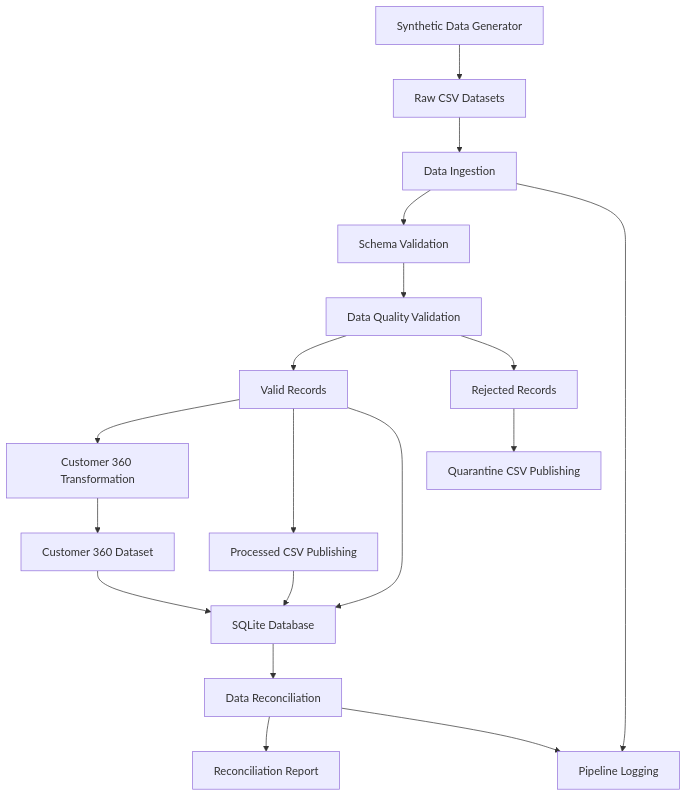
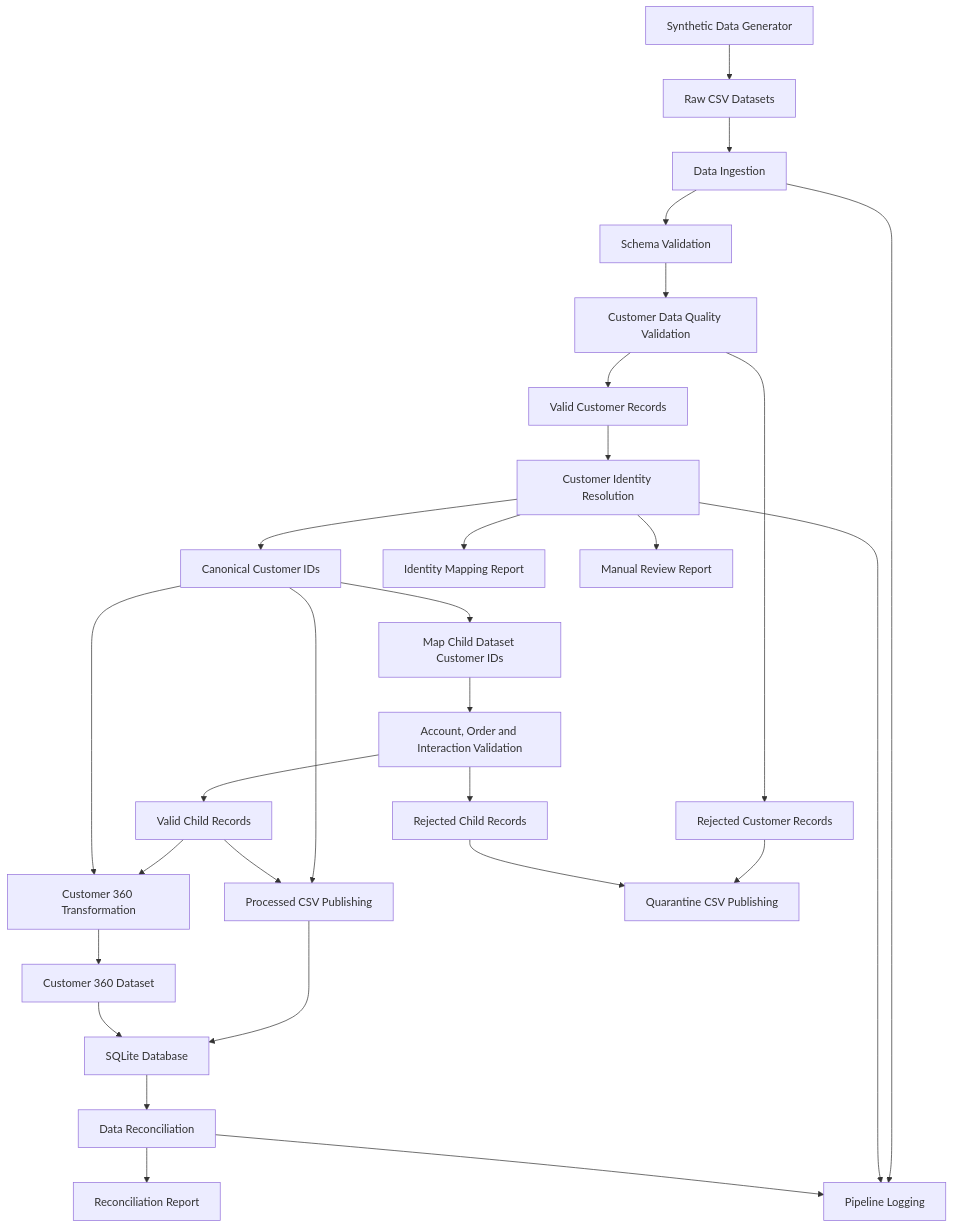
The diagram in docs/architecture.md (venkatamanidurgagottimukkala-hub/customer-360-data-engineering-pipeline), drawn with Mermaid before and after one commit. The commit also changed other lines of this file and 12 other files, not shown here.

Commit message:
Add customer identity resolution and integration tests

````diff
--- a/docs/architecture.md
+++ b/docs/architecture.md
@@ -3,30 +5,45 @@
 ```mermaid
 flowchart TD
-    A[ Synthetic Data Generator ] --> B[ Raw CSV Datasets ]
+    A[Synthetic Data Generator] --> B[Raw CSV Datasets]
 
-    B --> C[ Data Ingestion ]
-    C --> D[ Schema Validation ]
-    D --> E[ Data Quality Validation ]
+    B --> C[Data Ingestion]
+    C --> D[Schema Validation]
+    D --> E[Customer Data Quality Validation]
 
-    E --> F[ Valid Records ]
-    E --> G[ Rejected Records ]
+    E --> F[Valid Customer Records]
+    E --> G[Rejected Customer Records]
 
-    F --> H[ Customer 360 Transformation ]
+    F --> H[Customer Identity Resolution]
 
-    F --> I[ Processed CSV Publishing ]
-    G --> J[ Quarantine CSV Publishing ]
+    H --> I[Canonical Customer IDs]
+    H --> J[Identity Mapping Report]
+    H --> K[Manual Review Report]
 
-    H --> K[ Customer 360 Dataset ]
+    I --> L[Map Child Dataset Customer IDs]
 
-    I --> L[ SQLite Database ]
-    K --> L
+    L --> M[Account, Order and Interaction Validation]
 
-    F --> L
+    M --> N[Valid Child Records]
+    M --> O[Rejected Child Records]
 
-    L --> M[ Data Reconciliation ]
+    N --> P[Customer 360 Transformation]
+    I --> P
 
-    M --> N[ Reconciliation Report ]
+    P --> Q[Customer 360 Dataset]
 
-    C --> O[ Pipeline Logging ]
-    M --> O
+    I --> R[Processed CSV Publishing]
+    N --> R
+
+    G --> S[Quarantine CSV Publishing]
+    O --> S
+
+    R --> T[SQLite Database]
+    Q --> T
+
+    T --> U[Data Reconciliation]
+    U --> V[Reconciliation Report]
+
+    C --> W[Pipeline Logging]
+    H --> W
+    U --> W
 ```
````
